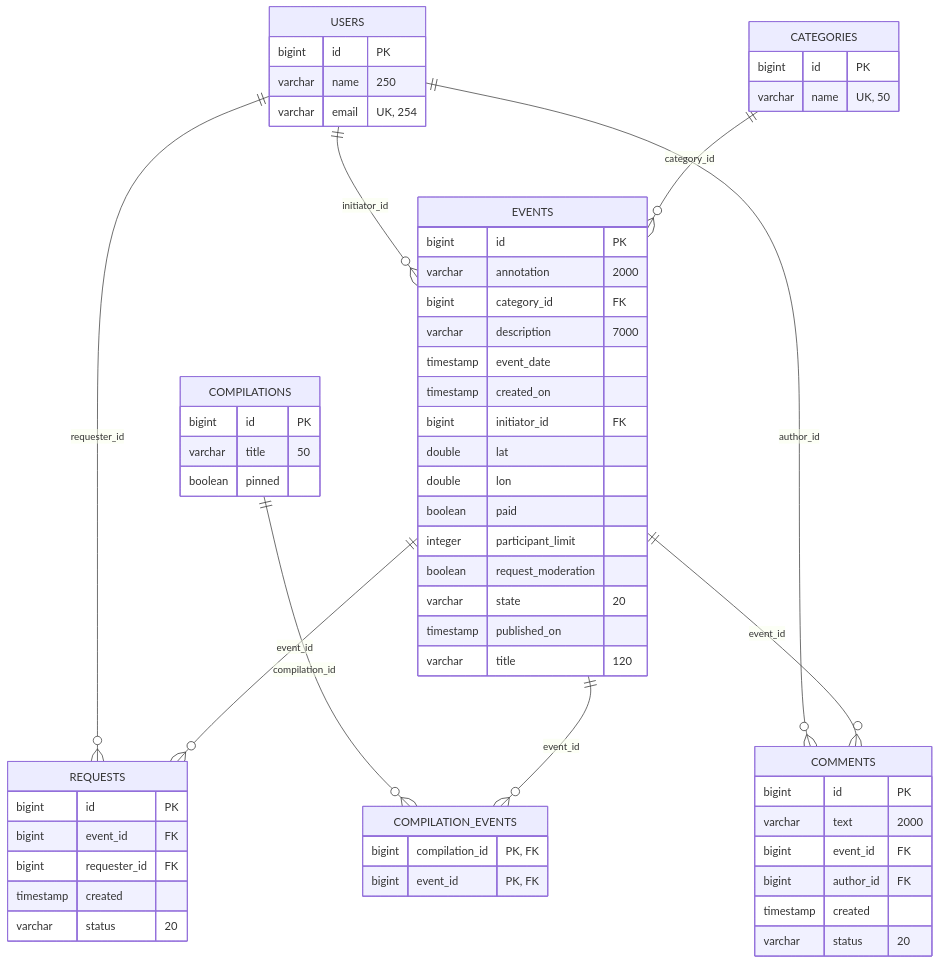
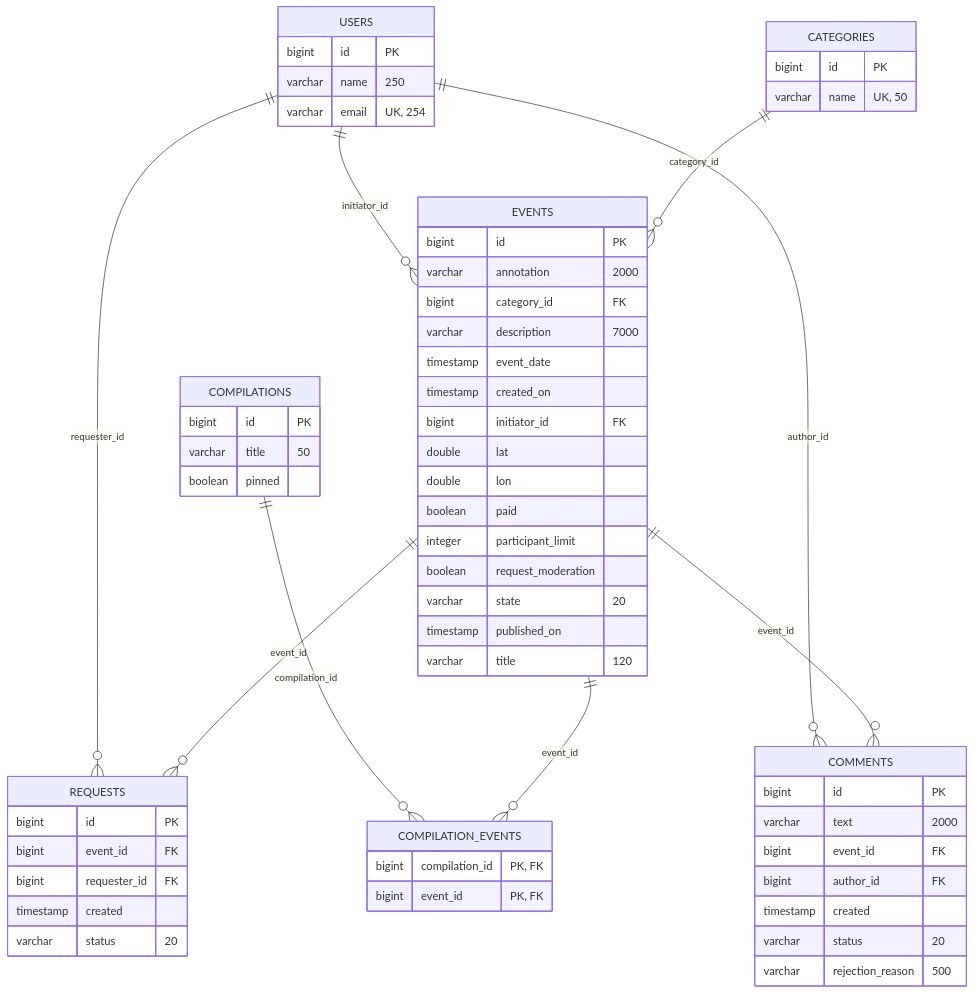
The first of 2 diagrams in README.md (bratanovvv/java-explore-with-me-plus), drawn with Mermaid before and after one commit. The commit also changed other lines of this file and 16 other files, not shown here.

````diff
--- a/README.md
+++ b/README.md
@@ -20,68 +20,69 @@
 ```mermaid
 erDiagram
     USERS ||--o{ EVENTS : "initiator_id"
     CATEGORIES ||--o{ EVENTS : "category_id"
     USERS ||--o{ REQUESTS : "requester_id"
     EVENTS ||--o{ REQUESTS : "event_id"
     COMPILATIONS ||--o{ COMPILATION_EVENTS : "compilation_id"
     EVENTS ||--o{ COMPILATION_EVENTS : "event_id"
     USERS ||--o{ COMMENTS : "author_id"
     EVENTS ||--o{ COMMENTS : "event_id"
 
     USERS {
         bigint id "PK"
         varchar name "250"
         varchar email "UK, 254"
     }
 
     CATEGORIES {
         bigint id "PK"
         varchar name "UK, 50"
     }
 
     EVENTS {
         bigint id "PK"
         varchar annotation "2000"
         bigint category_id "FK"
         varchar description "7000"
         timestamp event_date
         timestamp created_on
         bigint initiator_id "FK"
         double lat
         double lon
         boolean paid
         integer participant_limit
         boolean request_moderation
         varchar state "20"
         timestamp published_on
         varchar title "120"
     }
 
     REQUESTS {
         bigint id "PK"
         bigint event_id "FK"
         bigint requester_id "FK"
         timestamp created
         varchar status "20"
     }
 
     COMPILATIONS {
         bigint id "PK"
         varchar title "50"
         boolean pinned
     }
 
     COMPILATION_EVENTS {
         bigint compilation_id "PK, FK"
         bigint event_id "PK, FK"
     }
-    
+
     COMMENTS {
         bigint id "PK"
         varchar text "2000"
         bigint event_id "FK"
         bigint author_id "FK"
         timestamp created
         varchar status "20"
+        varchar rejection_reason "500"
     }
 ```
````
